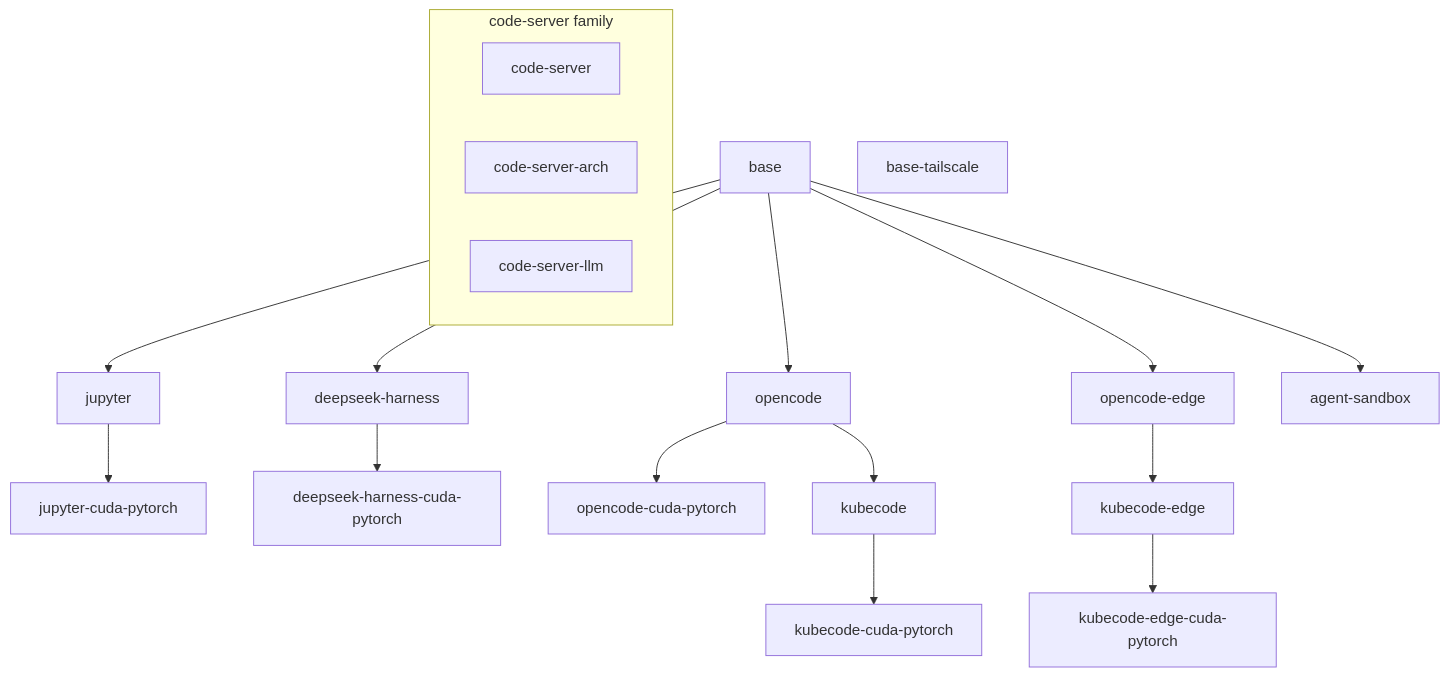
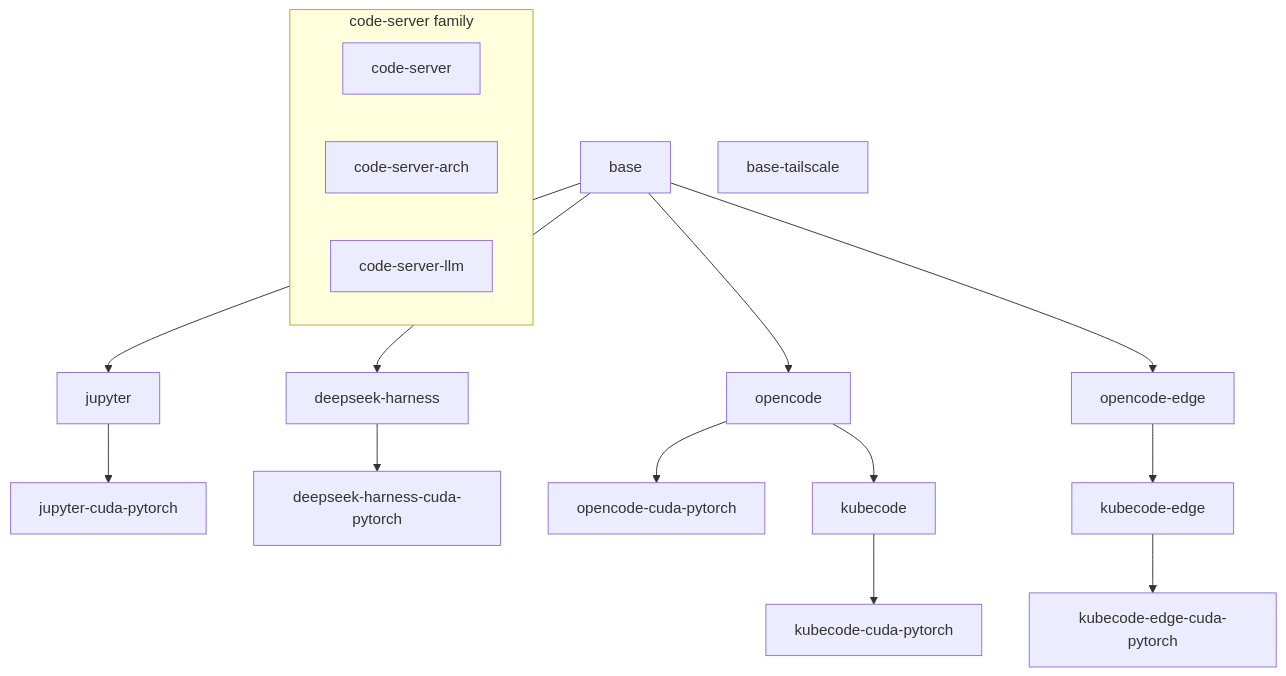
The diagram in kubeflow/README.md (TerenceLiu98/staging-containers), drawn with Mermaid before and after one commit. The commit also changed other lines of this file and 44 other files, not shown here.

First line of the commit message:
refactor: split agent-sandbox out of kubeflow as a standalone image

````diff
--- a/kubeflow/README.md
+++ b/kubeflow/README.md
@@ -8,21 +8,20 @@
 ```mermaid
 graph TD
     base[base] --> jupyter[jupyter]
     base_tailscale[base-tailscale]
     jupyter --> jupyter_cuda[jupyter-cuda-pytorch]
     base --> deepseek_harness[deepseek-harness]
     deepseek_harness --> deepseek_harness_cuda[deepseek-harness-cuda-pytorch]
     base --> opencode[opencode]
     opencode --> opencode_cuda[opencode-cuda-pytorch]
     opencode --> kubecode[kubecode]
     kubecode --> kubecode_cuda[kubecode-cuda-pytorch]
     base --> opencode_edge[opencode-edge]
     opencode_edge --> kubecode_edge[kubecode-edge]
     kubecode_edge --> kubecode_edge_cuda[kubecode-edge-cuda-pytorch]
-    base --> agent_sandbox[agent-sandbox]
     subgraph cs["code-server family"]
         code_server[code-server]
         code_server_arch[code-server-arch]
         code_server_llm[code-server-llm]
     end
 ```
````
